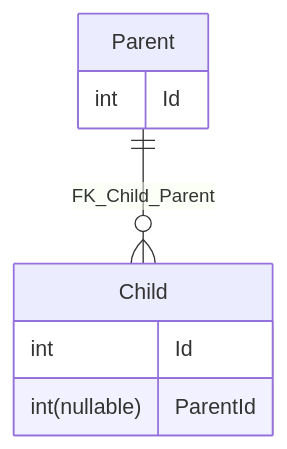
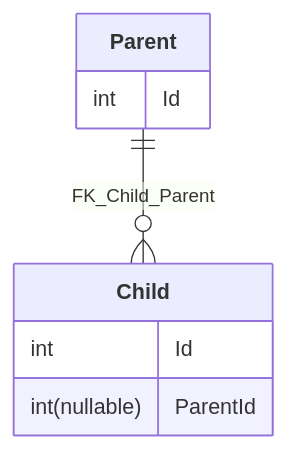
The diagram in src/SqlServerToMermaid.Tests/Tests.RenderMarkdownFromScriptWithAlterTable.verified.md (SimonCropp/DbToMermaid), drawn with Mermaid before and after one commit. The commit also changed 13 other files, not shown here.

````diff
--- a/src/SqlServerToMermaid.Tests/Tests.RenderMarkdownFromScriptWithAlterTable.verified.md
+++ b/src/SqlServerToMermaid.Tests/Tests.RenderMarkdownFromScriptWithAlterTable.verified.md
@@ -1,11 +1,11 @@
 ```mermaid
 erDiagram
-  Child {
+  Child["**Child**"] {
     int Id
     int(nullable) ParentId
   }
-  Parent {
+  Parent["**Parent**"] {
     int Id
   }
   Parent ||--o{ Child : "FK_Child_Parent"
 ```
````
